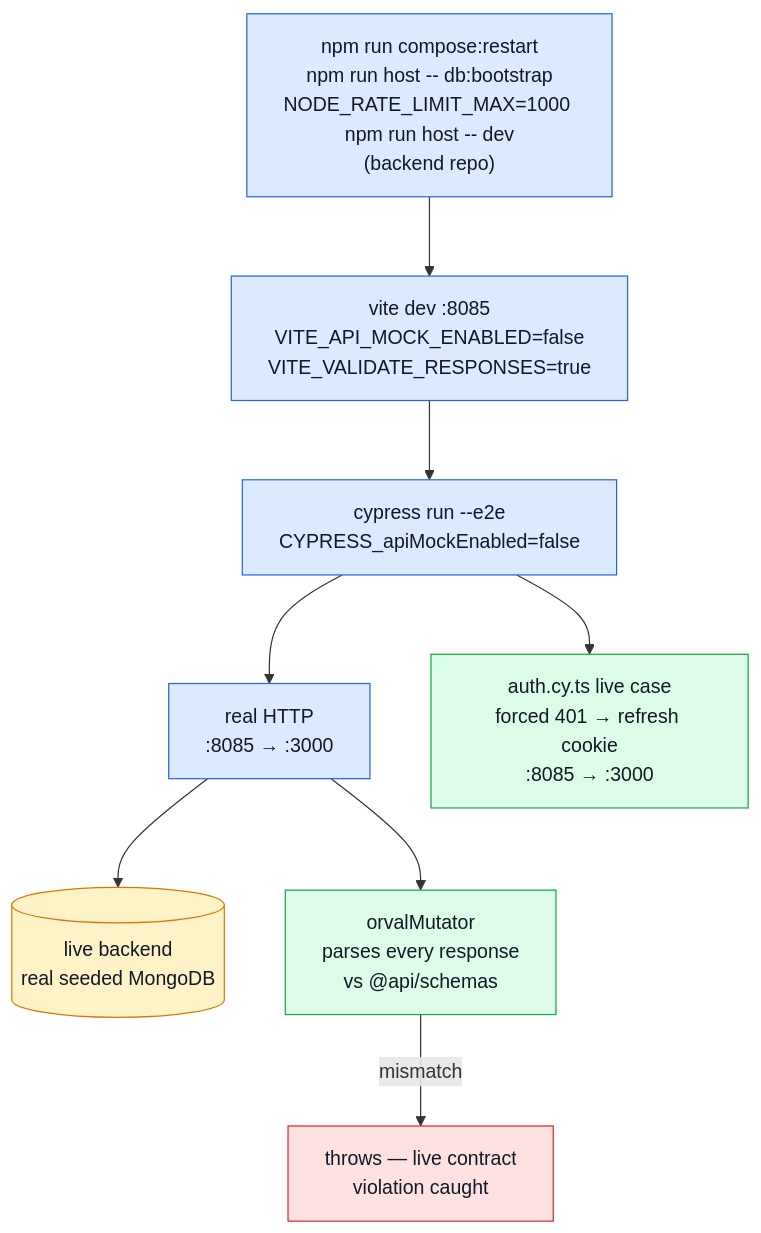
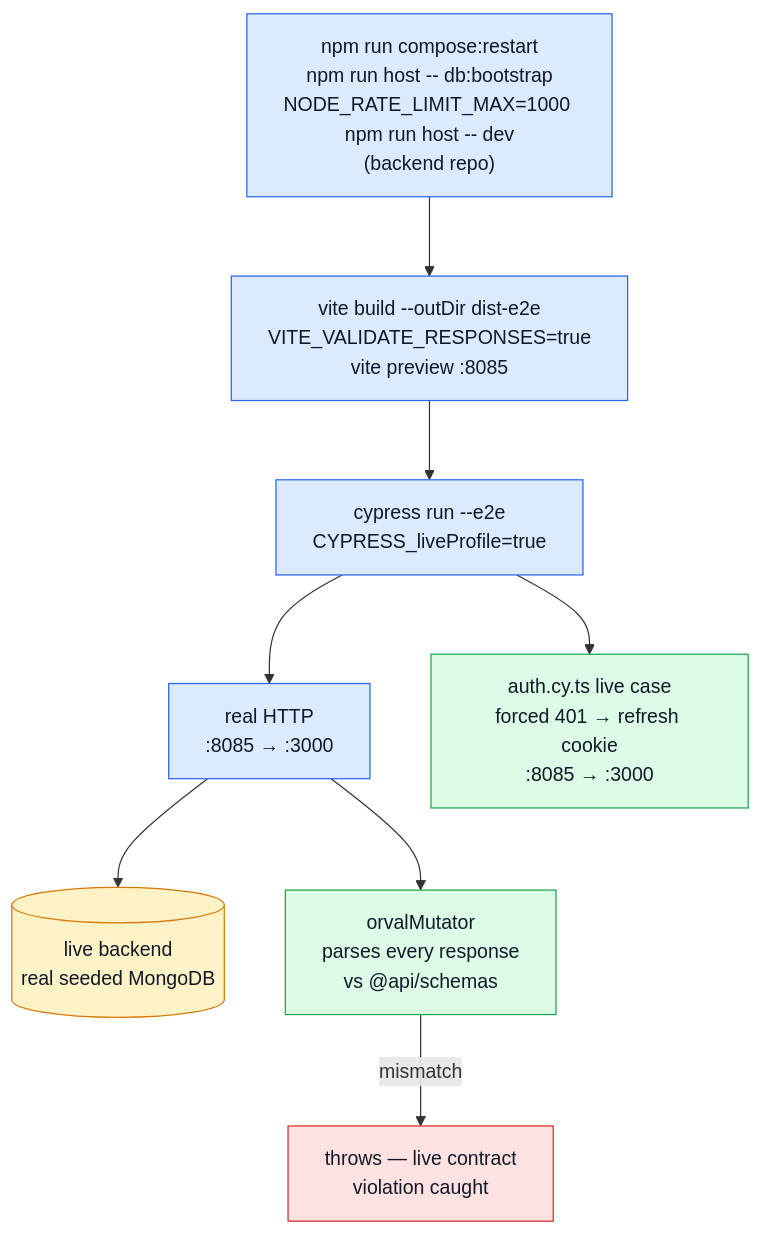
Before and after one commit to Guebbit/boilerplate-vue-frontend: the diagram in docs/tools/live-e2e.md, drawn with Mermaid. The commit also changed other lines of this file and 27 other files, not shown here.

````diff
--- a/docs/tools/live-e2e.md
+++ b/docs/tools/live-e2e.md
@@ -30,20 +30,20 @@
 ```mermaid
 %%{init: {'flowchart': {'nodeSpacing': 50, 'rankSpacing': 65}}}%%
 flowchart TB
-    Boot["npm run compose:restart\nnpm run host -- db:bootstrap\nNODE_RATE_LIMIT_MAX=1000 npm run host -- dev\n(backend repo)"] --> Vite["vite dev :8085\nVITE_API_MOCK_ENABLED=false\nVITE_VALIDATE_RESPONSES=true"]
-    Vite --> Cypress["cypress run --e2e\nCYPRESS_apiMockEnabled=false"]
+    Boot["npm run compose:restart\nnpm run host -- db:bootstrap\nNODE_RATE_LIMIT_MAX=1000 npm run host -- dev\n(backend repo)"] --> Vite["vite build --outDir dist-e2e\nVITE_VALIDATE_RESPONSES=true\nvite preview :8085"]
+    Vite --> Cypress["cypress run --e2e\nCYPRESS_liveProfile=true"]
     Cypress --> Real["real HTTP\n:8085 → :3000"]
     Real --> Backend[("live backend\nreal seeded MongoDB")]
     Real --> Mutator["orvalMutator\nparses every response\nvs @api/schemas"]
     Mutator -->|mismatch| Fail["throws — live contract\nviolation caught"]
     Cypress --> Refresh["auth.cy.ts live case\nforced 401 → refresh cookie\n:8085 → :3000"]
 
     classDef step fill:#dbeafe,stroke:#2563eb,color:#111827;
     classDef check fill:#dcfce7,stroke:#16a34a,color:#111827;
     classDef fail fill:#fee2e2,stroke:#dc2626,color:#111827;
     classDef data fill:#fef3c7,stroke:#d97706,color:#111827;
     class Boot,Vite,Cypress,Real step;
     class Mutator,Parity,Refresh check;
     class Fail fail;
     class Backend data;
 ```
````
